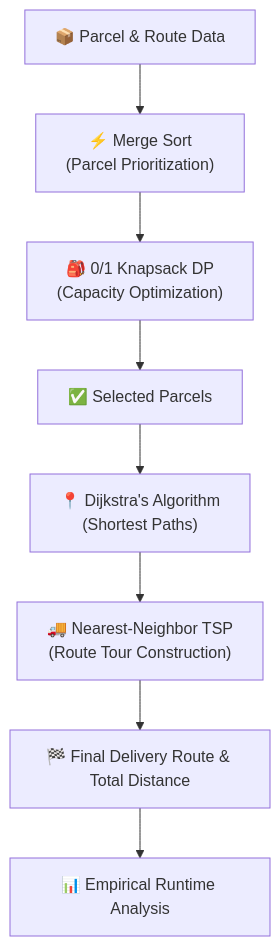
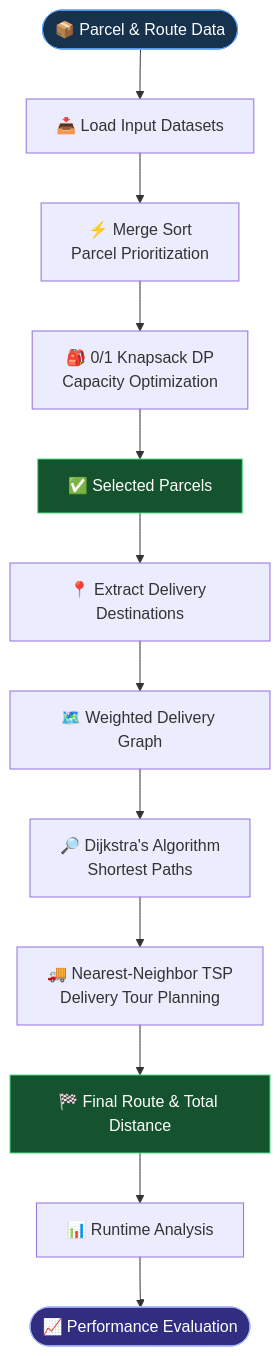
Before and after one commit to HarshKamboj25/Mini-Courier-Planner: the diagram in README.md, drawn with Mermaid. The commit also changed other lines of this file, not shown here.

````diff
--- a/README.md
+++ b/README.md
@@ -28,10 +47,19 @@
 ```mermaid
 flowchart TD
-    A["📦 Parcel & Route Data"] --> B["⚡ Merge Sort<br/>(Parcel Prioritization)"]
-    B --> C["🎒 0/1 Knapsack DP<br/>(Capacity Optimization)"]
-    C --> D["✅ Selected Parcels"]
-    D --> E["📍 Dijkstra's Algorithm<br/>(Shortest Paths)"]
-    E --> F["🚚 Nearest-Neighbor TSP<br/>(Route Tour Construction)"]
-    F --> G["🏁 Final Delivery Route & Total Distance"]
-    G --> H["📊 Empirical Runtime Analysis"]
+    A(["📦 Parcel & Route Data"]) --> B["📥 Load Input Datasets"]
+    B --> C["⚡ Merge Sort<br/>Parcel Prioritization"]
+    C --> D["🎒 0/1 Knapsack DP<br/>Capacity Optimization"]
+    D --> E["✅ Selected Parcels"]
+    E --> F["📍 Extract Delivery Destinations"]
+    F --> G["🗺️ Weighted Delivery Graph"]
+    G --> H["🔎 Dijkstra's Algorithm<br/>Shortest Paths"]
+    H --> I["🚚 Nearest-Neighbor TSP<br/>Delivery Tour Planning"]
+    I --> J["🏁 Final Route & Total Distance"]
+    J --> K["📊 Runtime Analysis"]
+    K --> L(["📈 Performance Evaluation"])
+
+    style A fill:#17324d,stroke:#60a5fa,color:#fff
+    style E fill:#14532d,stroke:#4ade80,color:#fff
+    style J fill:#14532d,stroke:#4ade80,color:#fff
+    style L fill:#312e81,stroke:#a5b4fc,color:#fff
 ```
````
